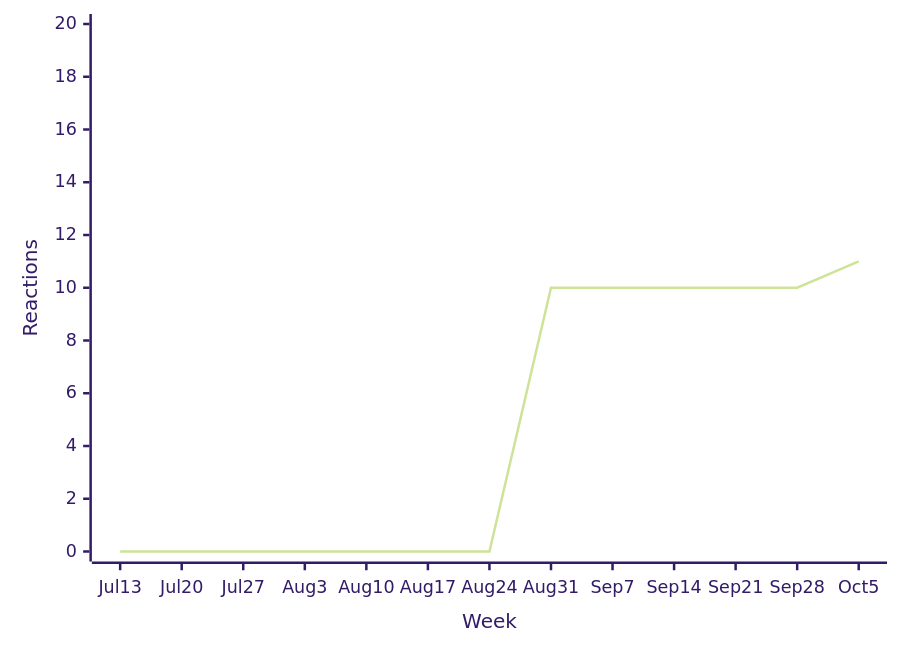
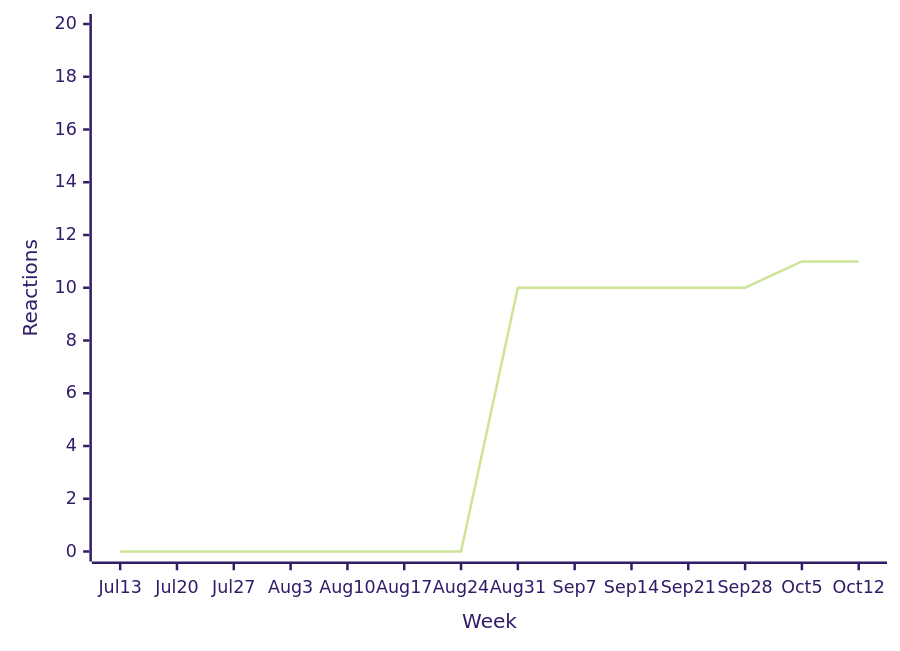
Before and after one commit to loic-sharma/github-insights: diagram 12 of 35 in README.md, drawn with Mermaid (forest theme). The commit also changed other lines of this file and 3 other files, not shown here.

````diff
--- a/README.md
+++ b/README.md
@@ -511,6 +511,6 @@
   ```mermaid
   xychart-beta
-    x-axis "Week" [Jul 13, Jul 20, Jul 27, Aug 3, Aug 10, Aug 17, Aug 24, Aug 31, Sep 7, Sep 14, Sep 21, Sep 28, Oct 5]
+    x-axis "Week" [Jul 13, Jul 20, Jul 27, Aug 3, Aug 10, Aug 17, Aug 24, Aug 31, Sep 7, Sep 14, Sep 21, Sep 28, Oct 5, Oct 12]
     y-axis "Reactions" 0 --> 20
-    line [0, 0, 0, 0, 0, 0, 0, 10, 10, 10, 10, 10, 11]
+    line [0, 0, 0, 0, 0, 0, 0, 10, 10, 10, 10, 10, 11, 11]
   ```
````
